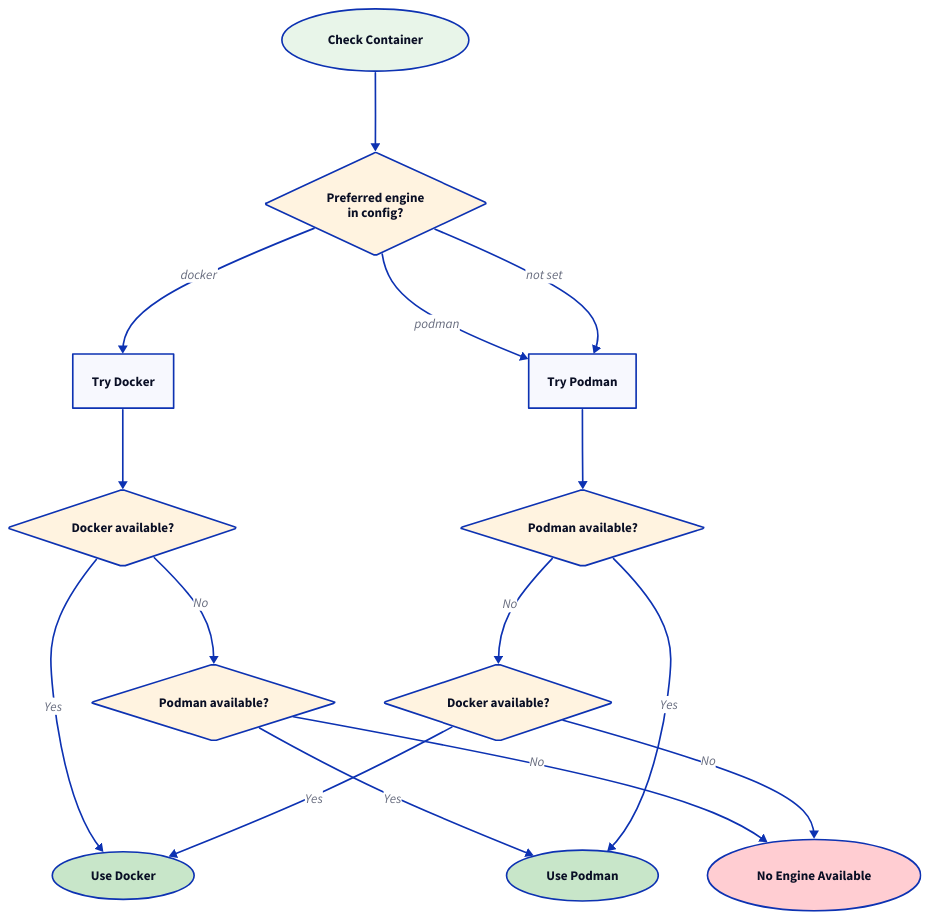
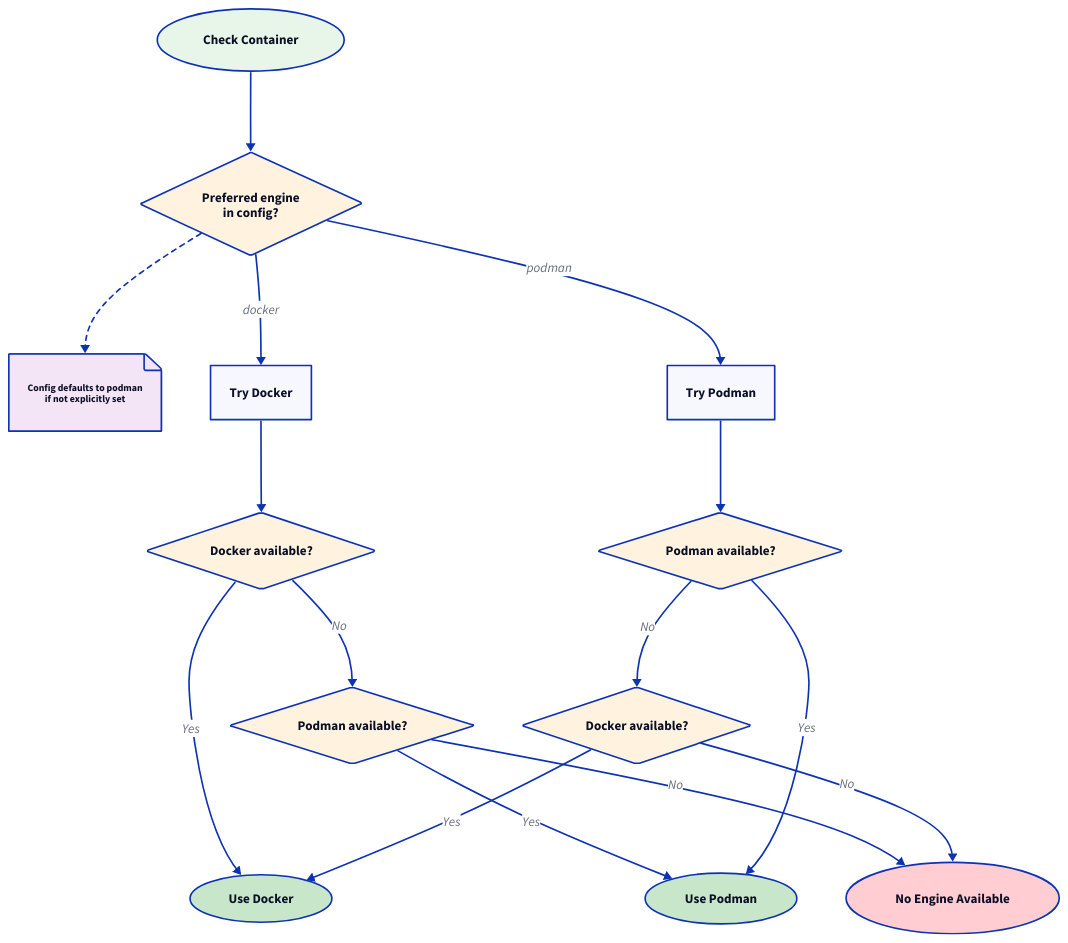
The diagram in docs/diagrams/flowcharts/runtime-container-check.d2 (invowk/invowk), drawn with D2 before and after one commit. The commit also changed 22 other files, not shown here. The source asks for the TALA layout; these drawings use dagre instead.

```diff
--- a/docs/diagrams/flowcharts/runtime-container-check.d2
+++ b/docs/diagrams/flowcharts/runtime-container-check.d2
@@ -1,88 +1,94 @@
 # Container Runtime Availability Check Flowchart
 #
 # Shows how Invowk detects container engine availability,
 # checking preferred engine first then falling back.
 # Both directions are symmetric: Docker falls back to Podman
 # and Podman falls back to Docker.
 #
 # Source: internal/container/engine.go (NewEngine, AutoDetectEngine)
 
 vars: {
   d2-config: {
     layout-engine: tala
   }
 }
 
 direction: down
 
 Start: Check Container {
   shape: oval
   style.fill: "#E8F5E9"
 }
 
 Pref: Preferred engine\nin config? {
   shape: diamond
   style.fill: "#FFF3E0"
+}
+
+Note: "Config defaults to podman\nif not explicitly set" {
+  shape: page
+  style.fill: "#F3E5F5"
+  style.font-size: 12
 }
 
 TryDocker: Try Docker
 TryPodman: Try Podman
 
 DockerOK: Docker available? {
   shape: diamond
   style.fill: "#FFF3E0"
 }
 
 PodmanOK: Podman available? {
   shape: diamond
   style.fill: "#FFF3E0"
 }
 
 # Fallback check nodes (when preferred engine unavailable)
 FallbackPodman: Podman available? {
   shape: diamond
   style.fill: "#FFF3E0"
 }
 
 FallbackDocker: Docker available? {
   shape: diamond
   style.fill: "#FFF3E0"
 }
 
 UseDocker: Use Docker {
   shape: oval
   style.fill: "#C8E6C9"
 }
 
 UsePodman: Use Podman {
   shape: oval
   style.fill: "#C8E6C9"
 }
 
 Unavailable: No Engine Available {
   shape: oval
   style.fill: "#FFCDD2"
 }
 
 Start -> Pref
 Pref -> TryDocker: docker
 Pref -> TryPodman: podman
-Pref -> TryPodman: not set
+Pref -> Note: {style.stroke-dash: 3}
 
 # Docker-preferred path
 TryDocker -> DockerOK
 DockerOK -> UseDocker: Yes
 DockerOK -> FallbackPodman: No
 
 # Docker fallback to Podman
 FallbackPodman -> UsePodman: Yes
 FallbackPodman -> Unavailable: No
 
 # Podman-preferred path (also used for "not set" / auto-detect)
 TryPodman -> PodmanOK
 PodmanOK -> UsePodman: Yes
 PodmanOK -> FallbackDocker: No
 
 # Podman fallback to Docker
 FallbackDocker -> UseDocker: Yes
 FallbackDocker -> Unavailable: No
```
